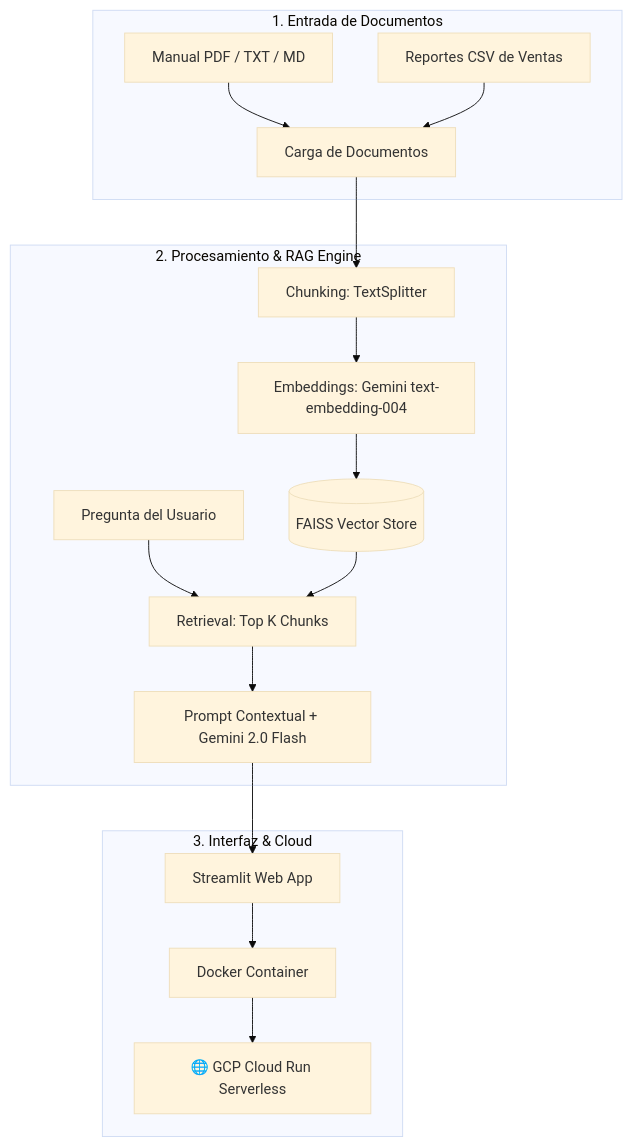
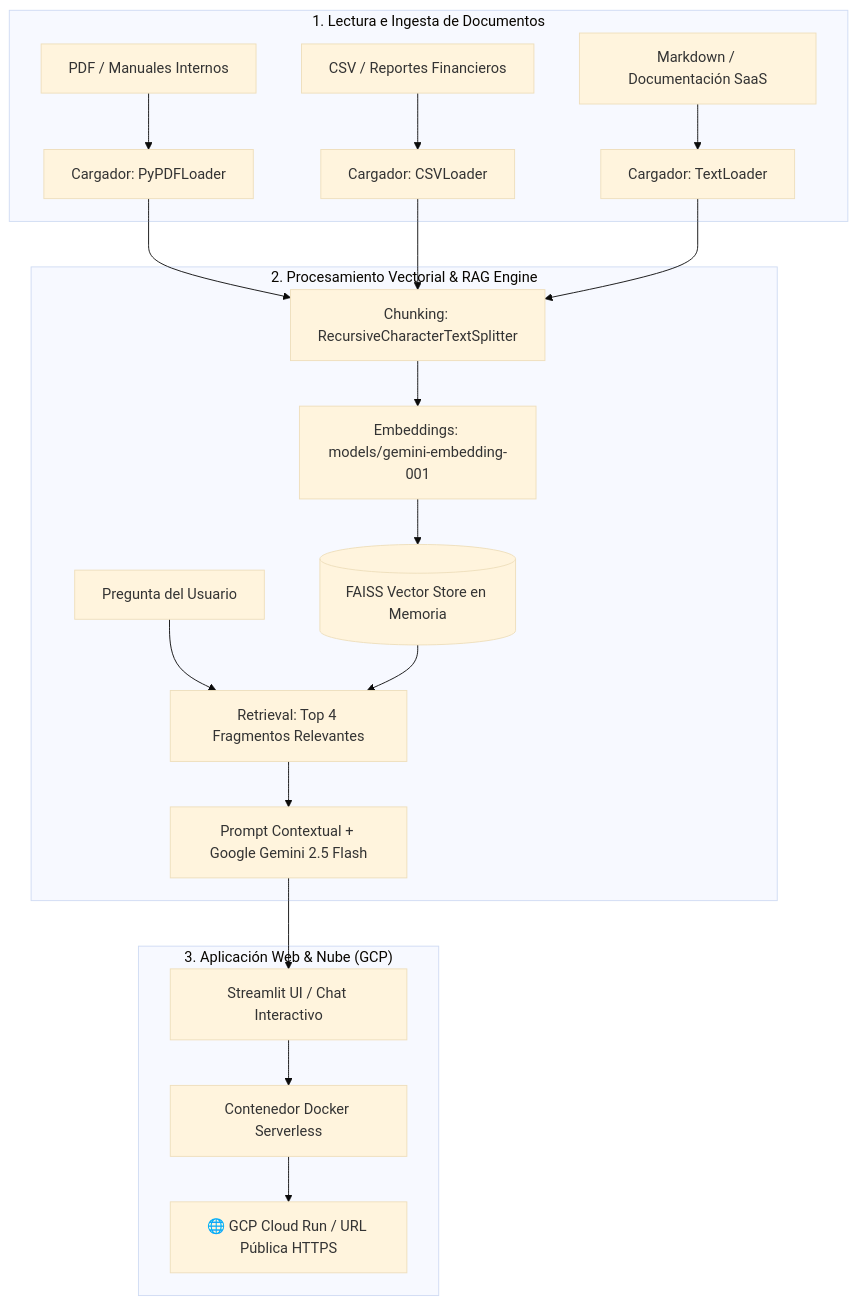
One commit to nextorsalinas/alura_agente changed the diagram in README.md. Above: the diagram before and after it, drawn with Mermaid (base theme). The commit also changed other lines of this file, not shown here.

````diff
--- a/README.md
+++ b/README.md
@@ -24,22 +25,23 @@
 ```mermaid
 flowchart TD
-    subgraph Entrada ["1. Entrada de Documentos"]
-        A[Manual PDF / TXT / MD] --> C[Carga de Documentos]
-        B[Reportes CSV de Ventas] --> C
+    subgraph Entrada ["1. Lectura e Ingesta de Documentos"]
+        A[PDF / Manuales Internos] --> D[Cargador: PyPDFLoader]
+        B[CSV / Reportes Financieros] --> E[Cargador: CSVLoader]
+        C[Markdown / Documentación SaaS] --> F[Cargador: TextLoader]
     end
 
-    subgraph Procesamiento ["2. Procesamiento & RAG Engine"]
-        C --> D[Chunking: TextSplitter]
-        D --> E[Embeddings: Gemini text-embedding-004]
-        E --> F[(FAISS Vector Store)]
-        G[Pregunta del Usuario] --> H[Retrieval: Top K Chunks]
-        F --> H
-        H --> I[Prompt Contextual + Gemini 2.0 Flash]
+    subgraph Procesamiento ["2. Procesamiento Vectorial & RAG Engine"]
+        D & E & F --> G[Chunking: RecursiveCharacterTextSplitter]
+        G --> H[Embeddings: models/gemini-embedding-001]
+        H --> I[(FAISS Vector Store en Memoria)]
+        J[Pregunta del Usuario] --> K[Retrieval: Top 4 Fragmentos Relevantes]
+        I --> K
+        K --> L[Prompt Contextual + Google Gemini 2.5 Flash]
     end
 
-    subgraph Interfaz ["3. Interfaz & Cloud"]
-        I --> J[Streamlit Web App]
-        J --> K[Docker Container]
-        K --> L[🌐 GCP Cloud Run Serverless]
+    subgraph Interfaz ["3. Aplicación Web & Nube (GCP)"]
+        L --> M[Streamlit UI / Chat Interactivo]
+        M --> N[Contenedor Docker Serverless]
+        N --> O[🌐 GCP Cloud Run / URL Pública HTTPS]
     end
 ```
````
